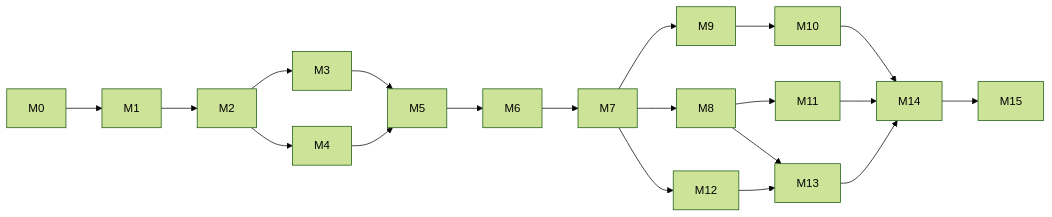
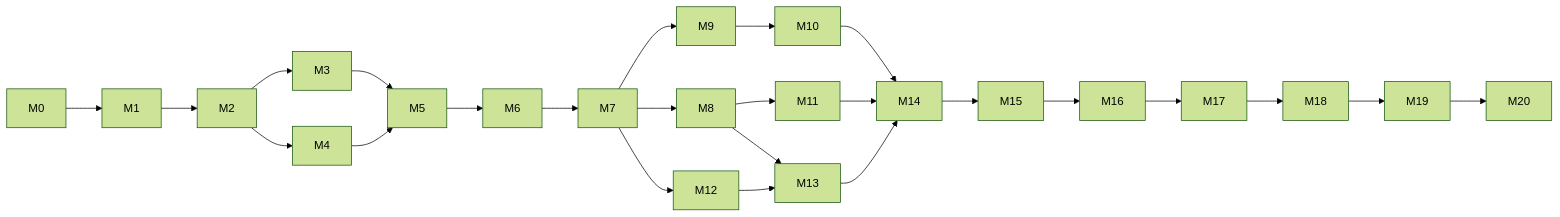
Before and after one commit to danielcbdev/petscape: the diagram in docs/planning/implementation-plan.md, drawn with Mermaid (forest theme). The commit also changed other lines of this file and 250 other files, not shown here.

````diff
--- a/docs/planning/implementation-plan.md
+++ b/docs/planning/implementation-plan.md
@@ -33,18 +33,18 @@
 ```mermaid
 flowchart LR
   M0 --> M1 --> M2
   M2 --> M3 & M4
   M3 --> M5
   M4 --> M5
   M5 --> M6
   M6 --> M7
   M7 --> M8 & M9 & M12
   M8 --> M11
   M9 --> M10
   M8 --> M13
   M12 --> M13
   M10 --> M14
   M11 --> M14
   M13 --> M14
-  M14 --> M15
+  M14 --> M15 --> M16 --> M17 --> M18 --> M19 --> M20
 ```
````
